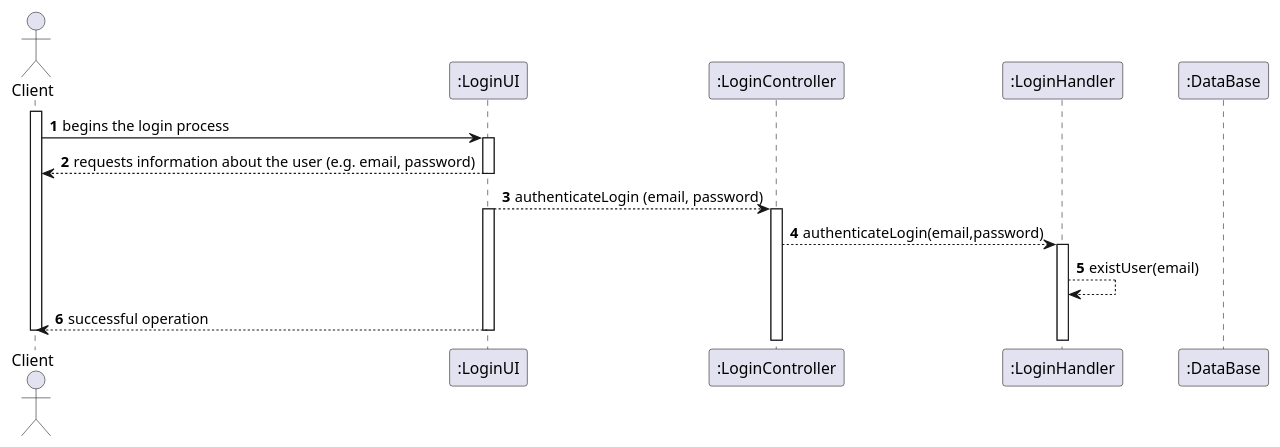
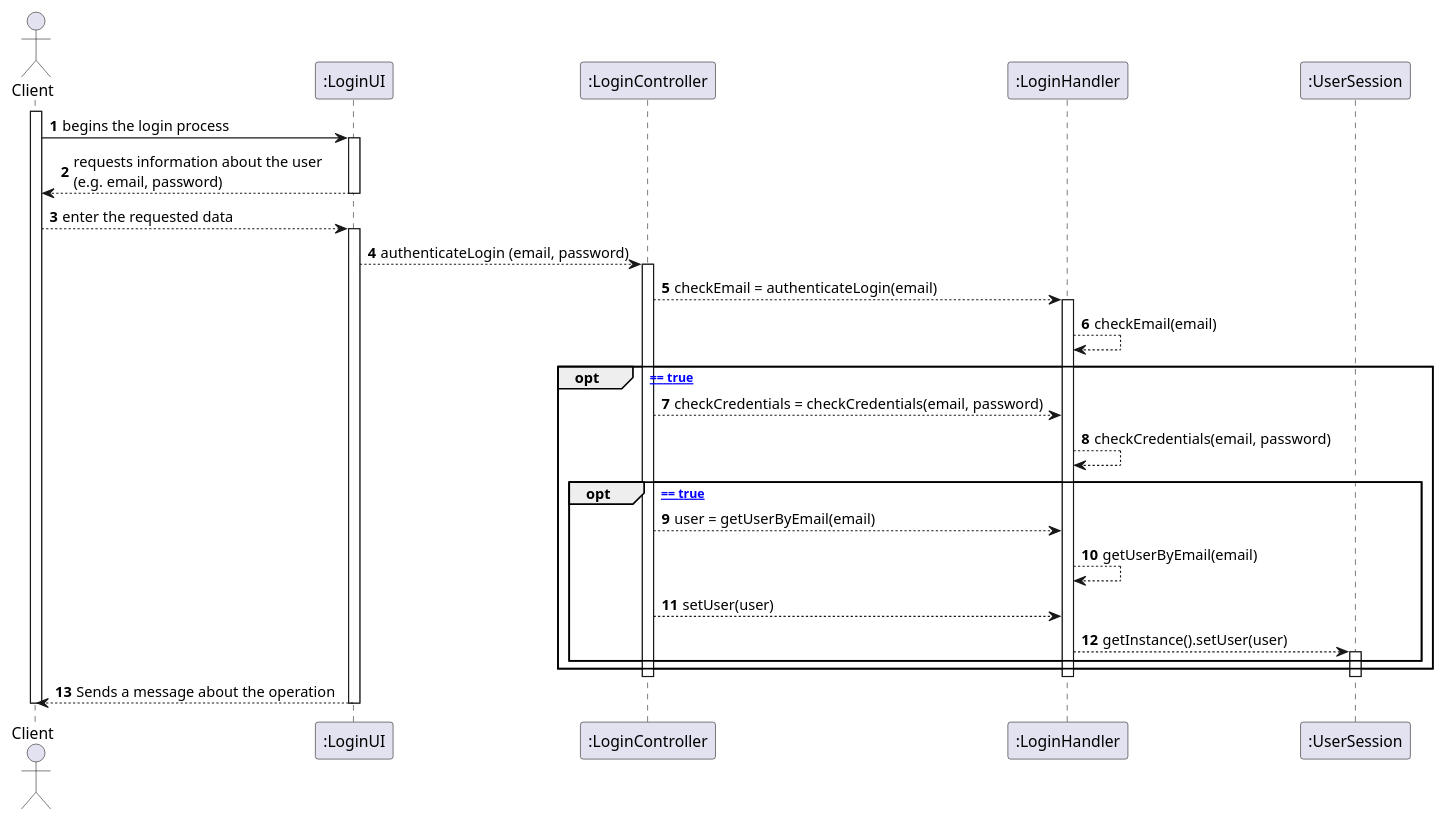
One commit to 1190452/LAPR3 changed the diagram in Documents/UC2/SD.puml. Above: the diagram before and after it, drawn with PlantUML. The commit also changed 7 other files, not shown here.

```diff
--- a/Documents/UC2/SD.puml
+++ b/Documents/UC2/SD.puml
@@ -1,32 +1,51 @@
 @startuml
 autonumber
 
 actor "Client" as ADM
 participant ":LoginUI" as UI
 participant ":LoginController" as CTRL
 participant ":LoginHandler" as USH
-participant ":DataBase" as DBE
+participant ":UserSession" as USS
+
 
 
 activate ADM
 ADM -> UI : begins the login process
 activate UI
 
-UI --> ADM : requests information about the user (e.g. email, password)
+UI --> ADM : requests information about the user \n(e.g. email, password)
 deactivate UI
+
+ADM--> UI : enter the requested data
+activate UI
 UI --> CTRL : authenticateLogin (email, password)
 activate CTRL
-activate UI
 
-CTRL --> USH : authenticateLogin(email,password)
+
+CTRL --> USH : checkEmail = authenticateLogin(email)
 activate USH
 
-USH --> USH : existUser(email)
+USH --> USH : checkEmail(email)
+OPT [ CheckEmail == true ]
+CTRL --> USH : checkCredentials = checkCredentials(email, password)
+USH --> USH : checkCredentials(email, password)
+OPT [ checkCredentials == true ]
+CTRL --> USH : user = getUserByEmail(email)
+USH --> USH : getUserByEmail(email)
+CTRL --> USH : setUser(user)
+USH --> USS :  getInstance().setUser(user)
+activate USS
+end OPT
+end OPT
+deactivate USS
+deactivate CTRL
+deactivate USH
 
 
 
-UI --> ADM : successful operation
+
+UI --> ADM : Sends a message about the operation
 deactivate UI
 
 deactivate ADM
 @enduml
```
